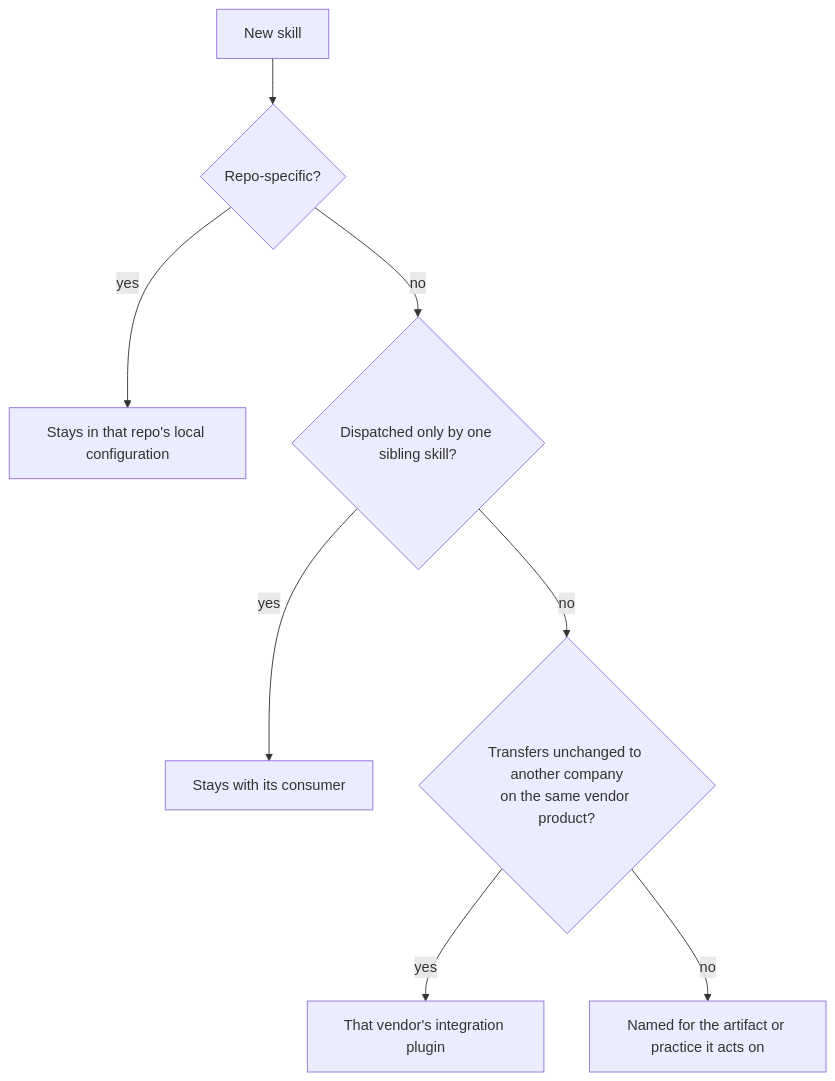
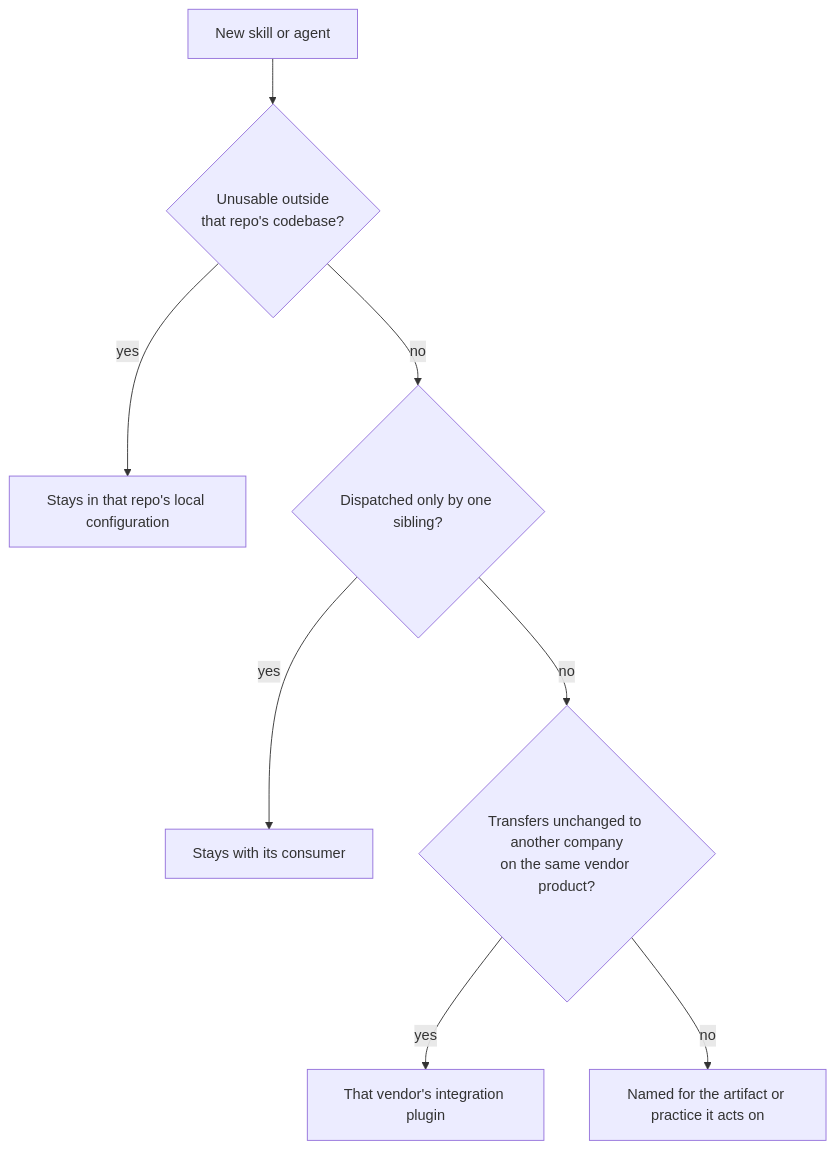
The second of 4 diagrams in docs/architecture/adr/0035-adopt-ai-plugin-taxonomy.md (bitwarden/contributing-docs), drawn with Mermaid before and after one commit. The commit also changed other lines of this file, not shown here.

````diff
--- a/docs/architecture/adr/0035-adopt-ai-plugin-taxonomy.md
+++ b/docs/architecture/adr/0035-adopt-ai-plugin-taxonomy.md
@@ -84,10 +88,10 @@
 ```mermaid
 flowchart TD
-    A["New skill"] --> B{"Repo-specific?"}
+    A["New skill or agent"] --> B{"Unusable outside<br/>that repo's codebase?"}
     B -->|yes| B1["Stays in that repo's local configuration"]
-    B -->|no| C{"Dispatched only by one sibling skill?"}
+    B -->|no| C{"Dispatched only by one sibling?"}
     C -->|yes| C1["Stays with its consumer"]
     C -->|no| D{"Transfers unchanged to another company<br/>on the same vendor product?"}
     D -->|yes| D1["That vendor's integration plugin"]
     D -->|no| E["Named for the artifact or practice it acts on"]
 ```
````
